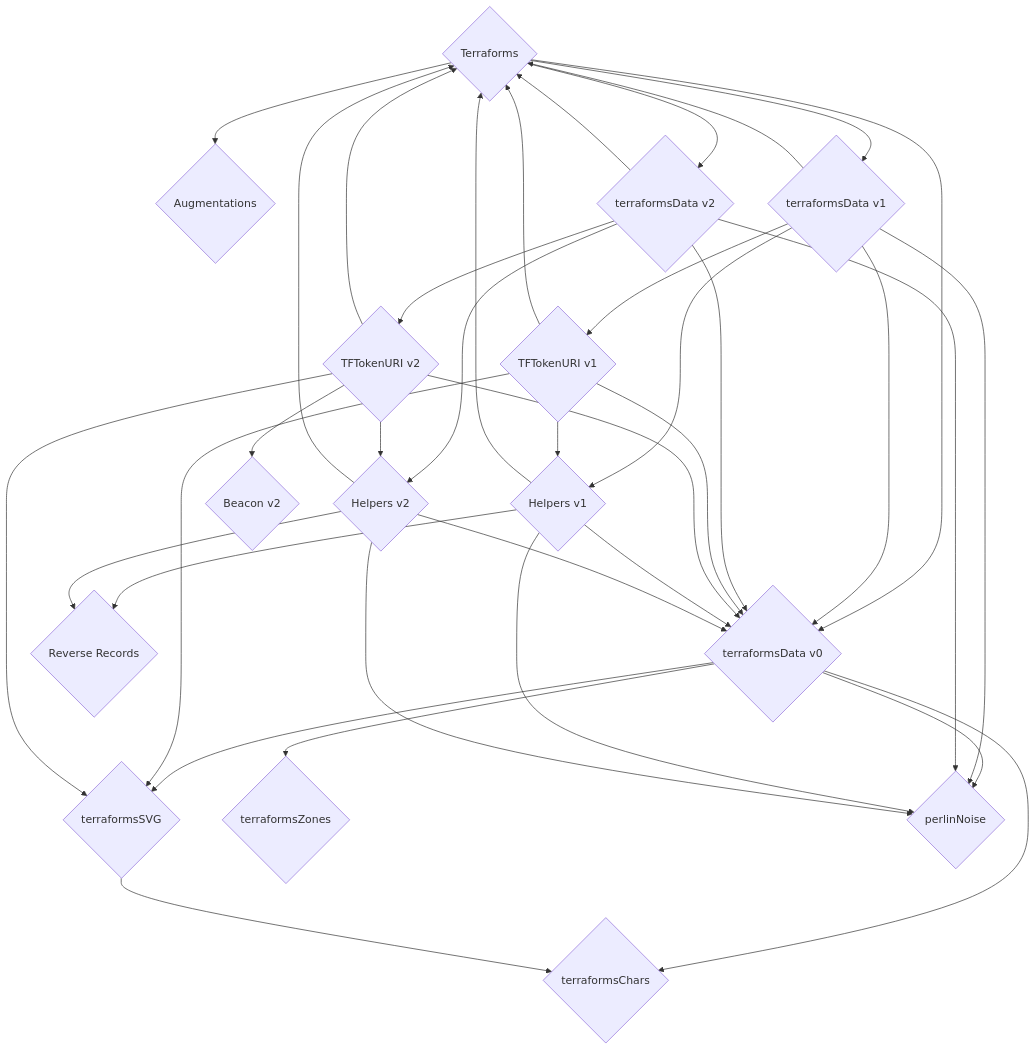
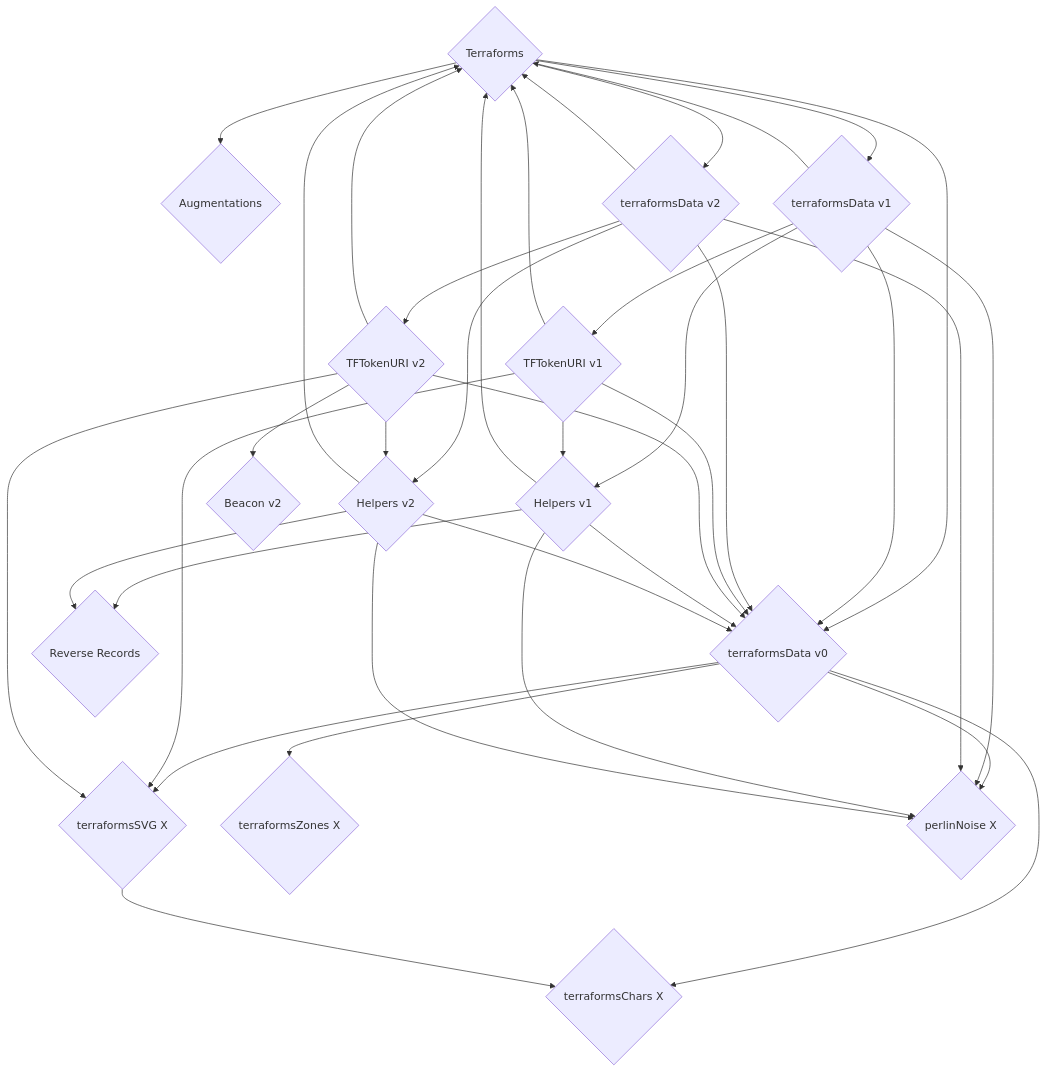
The first of 2 diagrams in contracts/Terraforms.md (thebadcc/terraform-docs), drawn with Mermaid before and after one commit.

````diff
--- a/contracts/Terraforms.md
+++ b/contracts/Terraforms.md
@@ -20,39 +20,39 @@
 ```mermaid
 graph TD
     A{Terraforms} --> B{Augmentations}
     A --> C{terraformsData v0}
     A --> D{terraformsData v1}
     A --> E{terraformsData v2}
-    C --> F{terraformsSVG}
-    C --> G{terraformsChars}
-    C --> H{terraformsZones}
-    C --> I{perlinNoise}
+    C --> F{terraformsSVG X}
+    C --> G{terraformsChars X}
+    C --> H{terraformsZones X}
+    C --> I{perlinNoise X}
     D --> J{TFTokenURI v1}
     D --> K{Helpers v1}
     E --> L{TFTokenURI v2}
     E --> M{Helpers v2}
     F --> G
     L --> N{Beacon v2}
     D --> A
     D --> I
     D --> C
     E --> A
     E --> I
     E --> C
     J --> C
     J --> A
     J --> K
     J --> F
     L --> C
     L --> A
     L --> M
     L --> F
     K --> A
     K --> C
     K --> I
     K --> O{Reverse Records}
     M --> A
     M --> C
     M --> I
     M --> O
 ```
````
